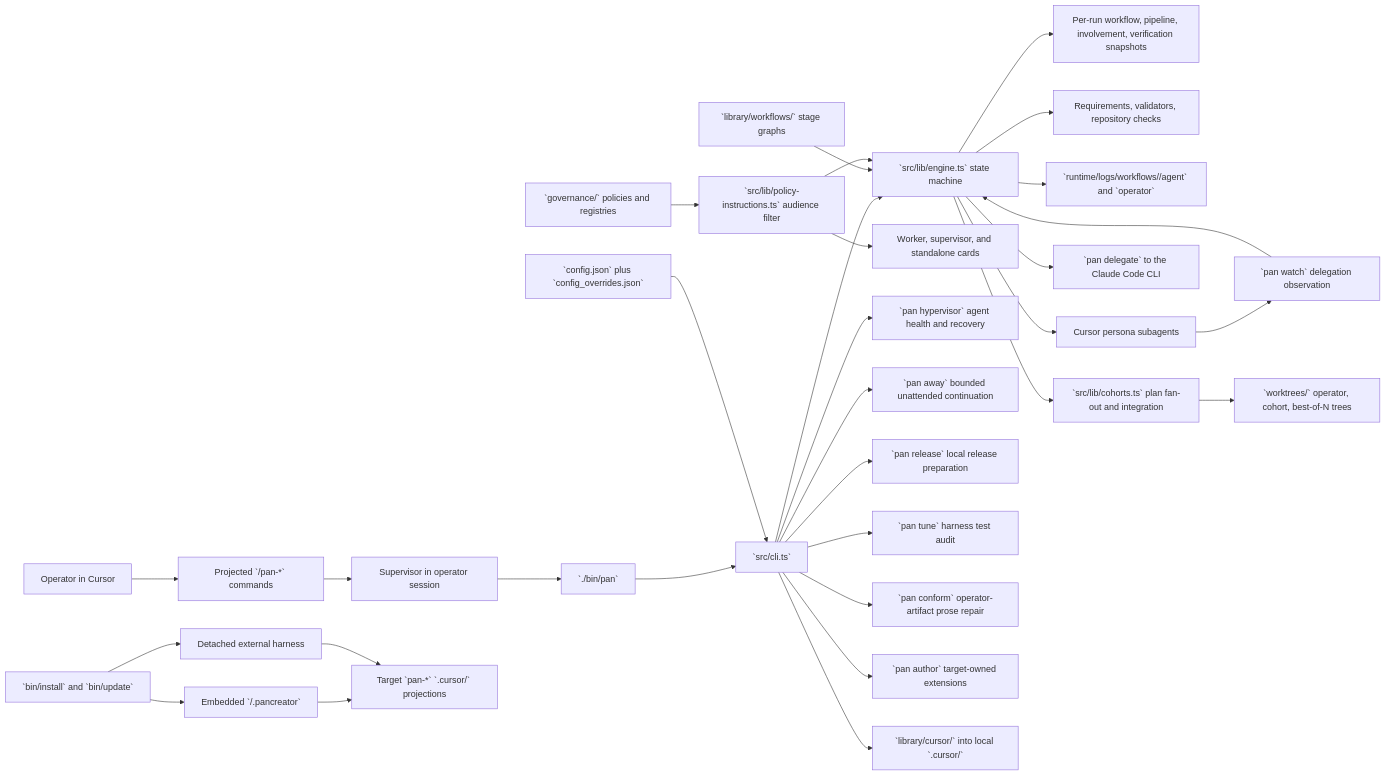
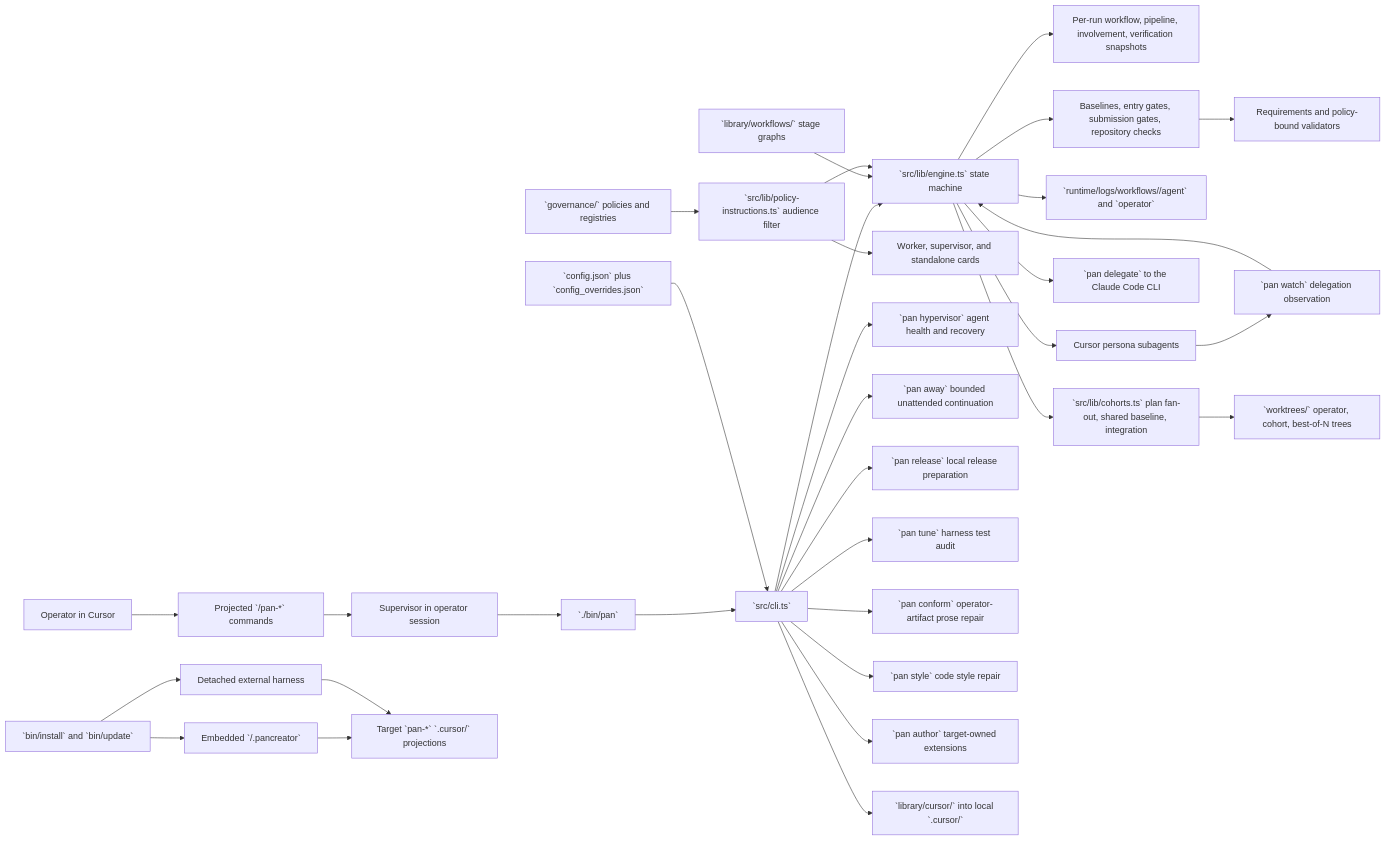
One commit to alenlukic/pancreator changed the diagram in docs/target-repo-primer.md. Above: the diagram before and after it, drawn with Mermaid. The commit also changed other lines of this file and 5 other files, not shown here.

````diff
--- a/docs/target-repo-primer.md
+++ b/docs/target-repo-primer.md
@@ -75,33 +76,35 @@
 ```mermaid
 flowchart LR
   Operator[Operator in Cursor] --> Commands[Projected `/pan-*` commands]
   Commands --> Supervisor[Supervisor in operator session]
   Supervisor --> Pan[`./bin/pan`]
   Pan --> CLI[`src/cli.ts`]
   CLI --> Engine[`src/lib/engine.ts` state machine]
   Config[`config.json` plus `config_overrides.json`] --> CLI
   Workflows[`library/workflows/` stage graphs] --> Engine
   Governance[`governance/` policies and registries] --> Audience[`src/lib/policy-instructions.ts` audience filter]
   Audience --> Engine
   Audience --> Cards[Worker, supervisor, and standalone cards]
   Engine --> Snapshots[Per-run workflow, pipeline, involvement, verification snapshots]
-  Engine --> Requirements[Requirements, validators, repository checks]
+  Engine --> Gates[Baselines, entry gates, submission gates, repository checks]
+  Gates --> Requirements[Requirements and policy-bound validators]
   Engine --> Runtime[`runtime/logs/workflows/<run-id>/agent` and `operator`]
   Engine --> CursorWorkers[Cursor persona subagents]
   Engine --> External[`pan delegate` to the Claude Code CLI]
   CursorWorkers --> Watch[`pan watch` delegation observation]
   Watch --> Engine
-  Engine --> Cohorts[`src/lib/cohorts.ts` plan fan-out and integration]
+  Engine --> Cohorts[`src/lib/cohorts.ts` plan fan-out, shared baseline, integration]
   Cohorts --> Worktrees[`worktrees/` operator, cohort, best-of-N trees]
   CLI --> Hypervisor[`pan hypervisor` agent health and recovery]
   CLI --> Away[`pan away` bounded unattended continuation]
   CLI --> Release[`pan release` local release preparation]
   CLI --> Tune[`pan tune` harness test audit]
   CLI --> Conform[`pan conform` operator-artifact prose repair]
+  CLI --> Style[`pan style` code style repair]
   CLI --> Author[`pan author` target-owned extensions]
   CLI --> Projection[`library/cursor/` into local `.cursor/`]
   Installer[`bin/install` and `bin/update`] --> Embedded[Embedded `<target>/.pancreator`]
   Installer --> Detached[Detached external harness]
   Embedded --> TargetCursor[Target `pan-*` `.cursor/` projections]
   Detached --> TargetCursor
 ```
````
